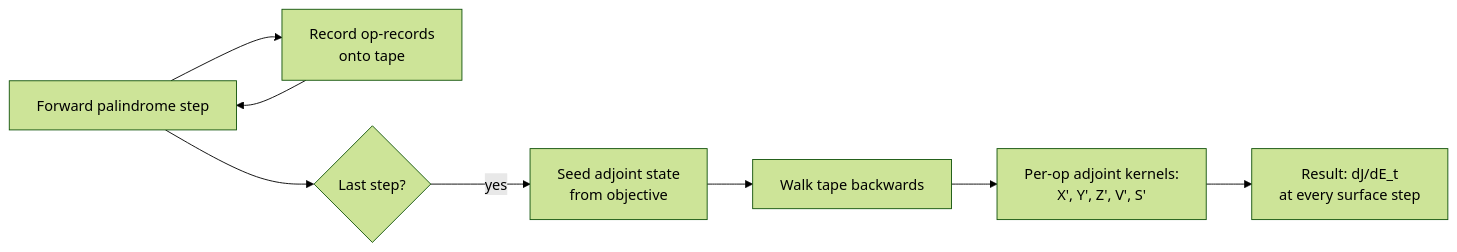
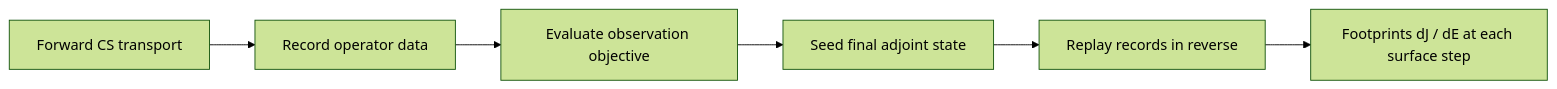
The diagram in docs/src/for_tm5_gchp_users/adjoints.md (RemoteSensingTools/AtmosTransport), drawn with Mermaid (forest theme) before and after one commit. The commit also changed other lines of this file and 119 other files, not shown here.

Commit message:
docs: rebuild newcomer manual for current architecture

````diff
--- a/docs/src/for_tm5_gchp_users/adjoints.md
+++ b/docs/src/for_tm5_gchp_users/adjoints.md
@@ -25,10 +45,8 @@
 ```mermaid
 flowchart LR
-    A[Forward palindrome step] --> B[Record op-records<br/>onto tape]
-    B --> A
-    A --> C{Last step?}
-    C -->|yes| D[Seed adjoint state<br/>from objective]
-    D --> E[Walk tape backwards]
-    E --> F[Per-op adjoint kernels:<br/>X', Y', Z', V', S']
-    F --> G[Result: dJ/dE_t<br/>at every surface step]
+    A[Forward CS transport] --> B[Record operator data]
+    B --> C[Evaluate observation objective]
+    C --> D[Seed final adjoint state]
+    D --> E[Replay records in reverse]
+    E --> F[Footprints dJ / dE at each surface step]
 ```
````
